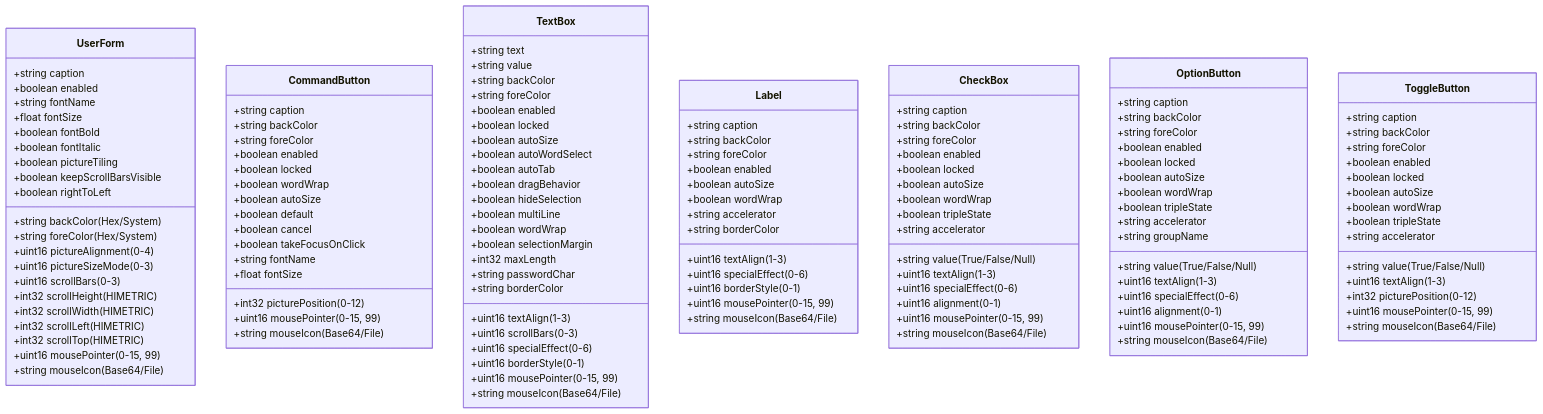
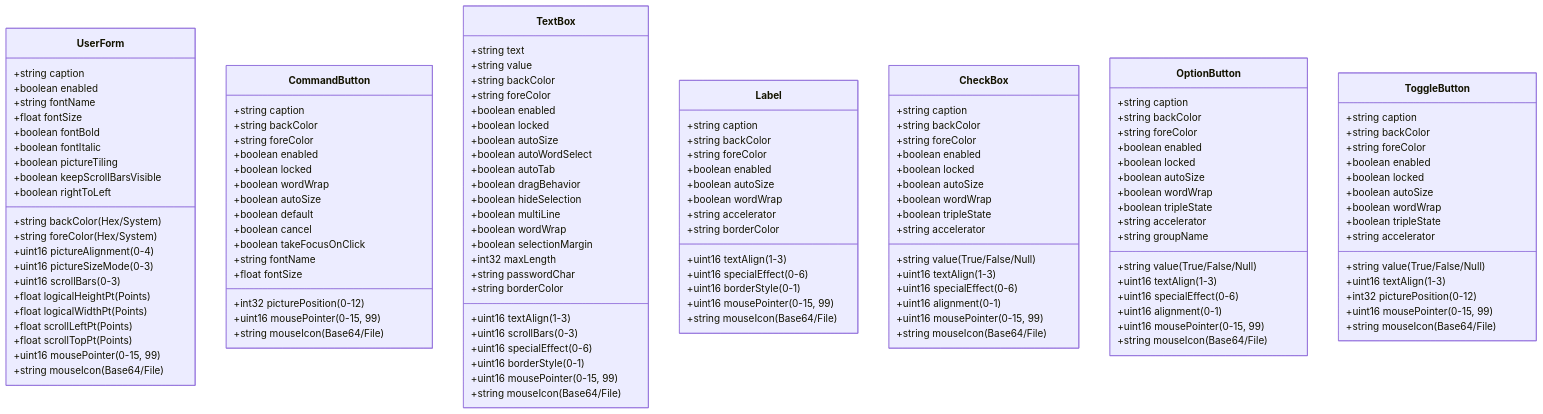
Before and after one commit to viktormax3/vba-macro-project: the first of 2 diagrams in docs/supported-controls.md, drawn with Mermaid. The commit also changed other lines of this file, not shown here.

Commit message:
docs: align scroll layout coordinates with Point units (Pt)

```diff
--- a/docs/supported-controls.md
+++ b/docs/supported-controls.md
@@ -22,10 +22,10 @@
         +boolean pictureTiling
         +uint16 scrollBars (0-3)
         +boolean keepScrollBarsVisible
-        +int32 scrollHeight (HIMETRIC)
-        +int32 scrollWidth (HIMETRIC)
-        +int32 scrollLeft (HIMETRIC)
-        +int32 scrollTop (HIMETRIC)
+        +float logicalHeightPt (Points)
+        +float logicalWidthPt (Points)
+        +float scrollLeftPt (Points)
+        +float scrollTopPt (Points)
         +boolean rightToLeft
         +uint16 mousePointer (0-15, 99)
         +string mouseIcon (Base64/File)
```
